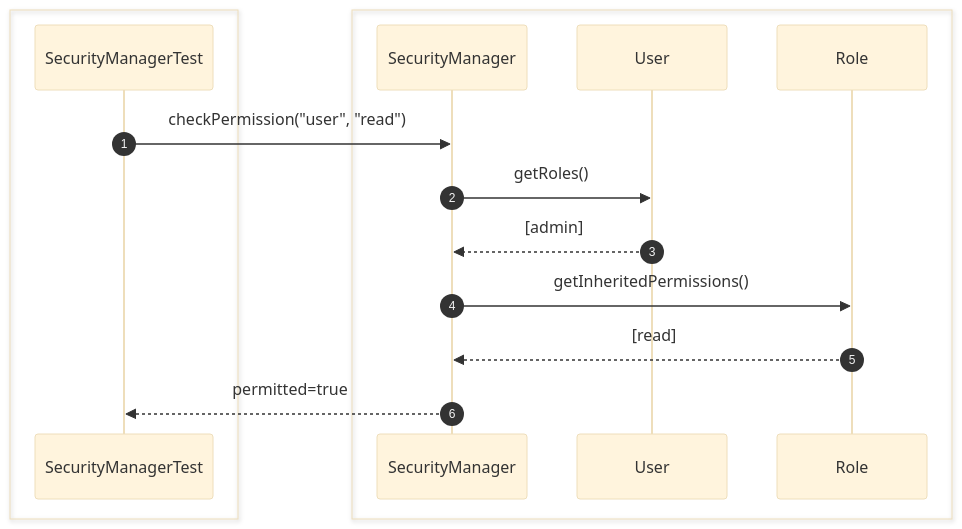
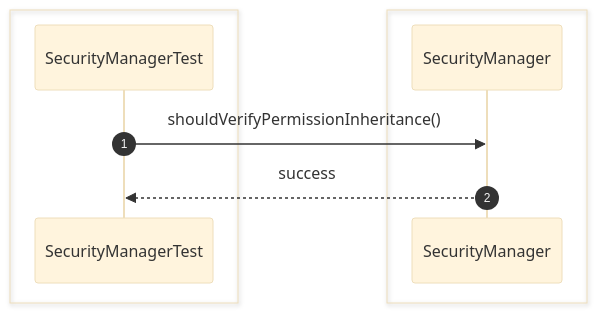
Before and after one commit to Huy1801214/dbms-architecture: the tenth of 35 diagrams in src/sequence/security.md, drawn with Mermaid (base theme). The commit also changed other lines of this file and 68 other files, not shown here.

Commit message:
implement comprehensive unit test suite and architectural sequence documentation

````diff
--- a/src/sequence/security.md
+++ b/src/sequence/security.md
@@ -180,20 +141,13 @@
 ```mermaid
 sequenceDiagram
     autonumber
-
     box #e1f5fe Test Suite
     participant Test as SecurityManagerTest
     end
-    box #e3f2fd Security Components
-    participant Security as SecurityManager
-    participant User as User
-    participant Role as Role
+    box #e3f2fd SecurityManager Component
+    participant SM as SecurityManager
     end
 
-    Test->>Security: checkPermission("user", "read")
-    Security->>User: getRoles()
-    User-->>Security: [admin]
-    Security->>Role: getInheritedPermissions()
-    Role-->>Security: [read]
-    Security-->>Test: permitted=true
+    Test->>SM: shouldVerifyPermissionInheritance()
+    SM-->>Test: success
 ```
````
